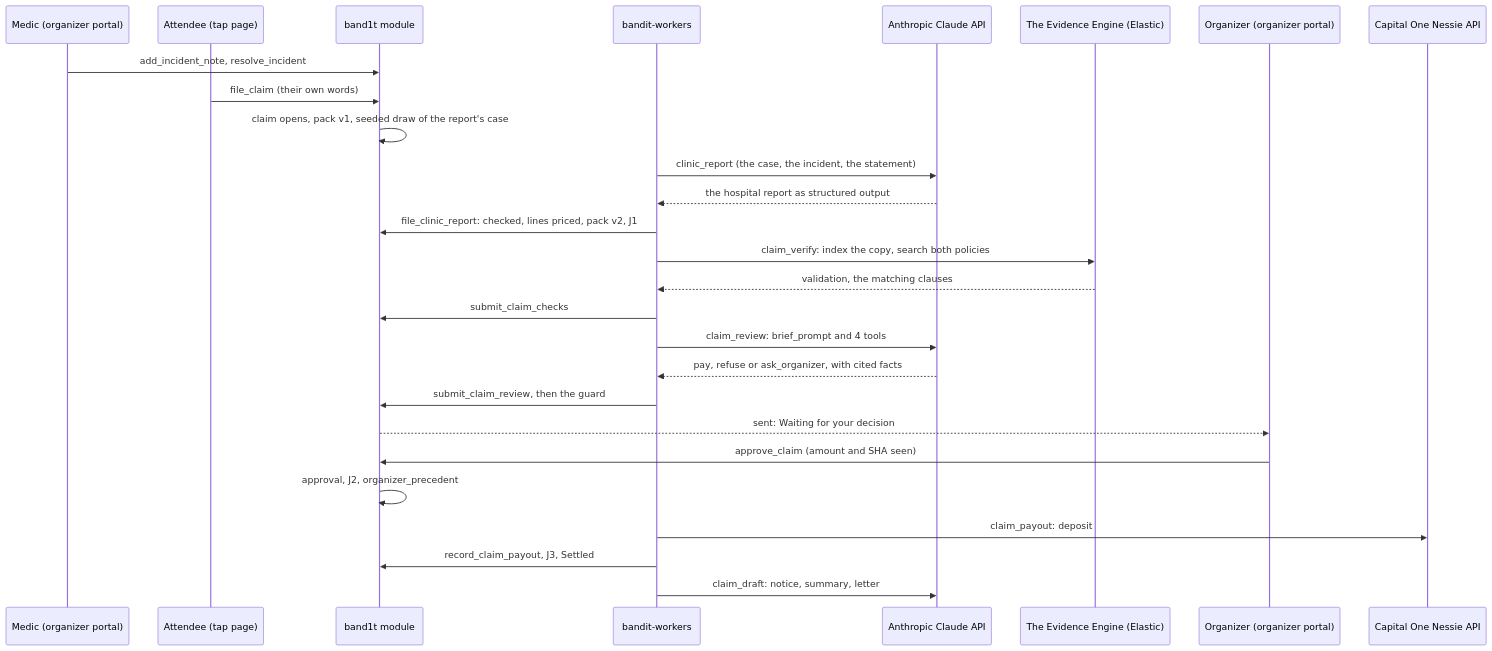
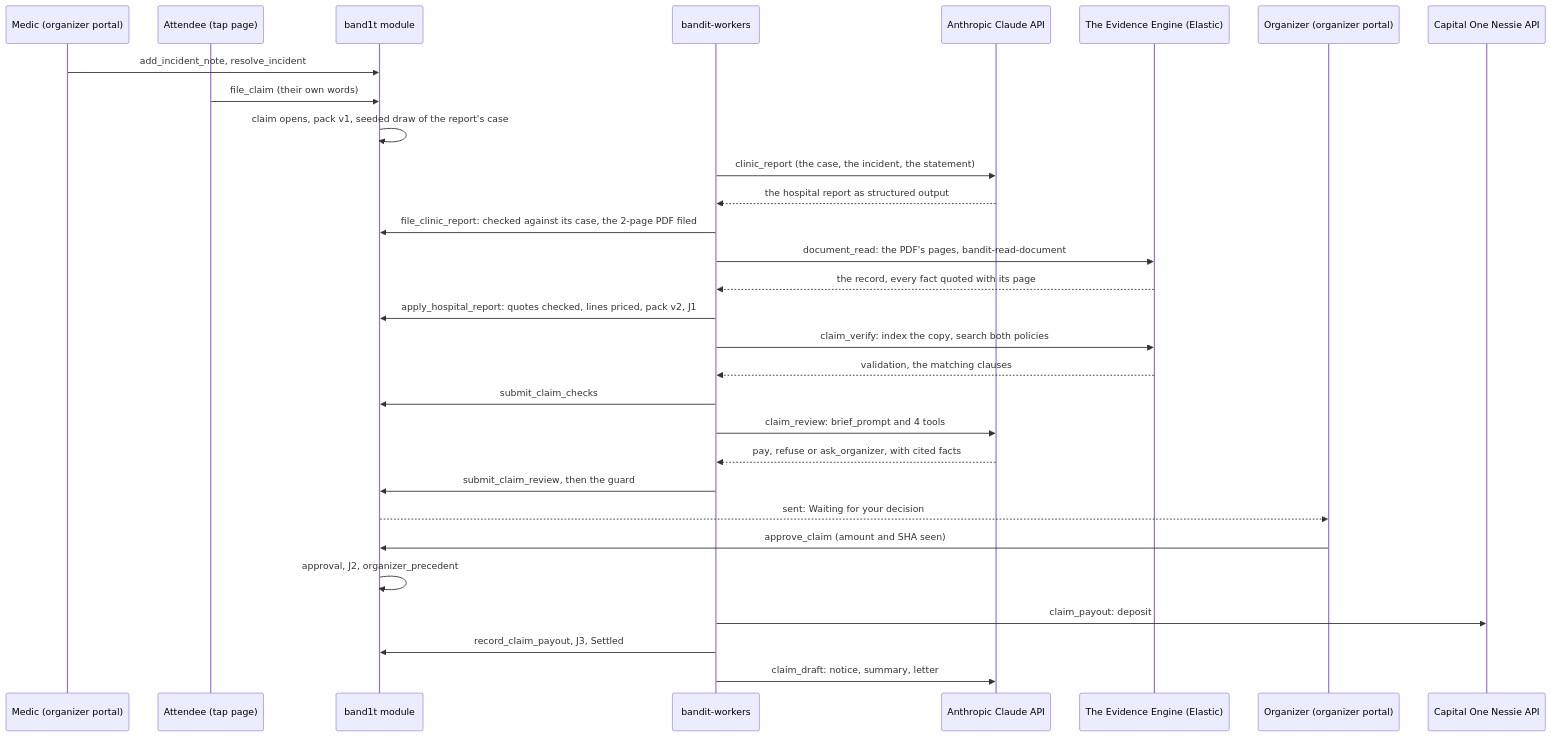
One commit to viktorinkov/cal-hacks-13 changed the fifth of 6 diagrams in System Design/6-features/Insurance.md. Above: the diagram before and after it, drawn with Mermaid. The commit also changed other lines of this file and 39 other files, not shown here.

Commit message:
read hospital reports with the Evidence Engine instead of claim_record_extract

````diff
--- a/System Design/6-features/Insurance.md
+++ b/System Design/6-features/Insurance.md
@@ -710,29 +714,32 @@
 ```mermaid
 sequenceDiagram
   participant Med as Medic (organizer portal)
   participant A as Attendee (tap page)
   participant M as band1t module
   participant W as bandit-workers
   participant C as Anthropic Claude API
   participant E as The Evidence Engine (Elastic)
   participant O as Organizer (organizer portal)
   participant N as Capital One Nessie API
   Med->>M: add_incident_note, resolve_incident
   A->>M: file_claim (their own words)
   M->>M: claim opens, pack v1, seeded draw of the report's case
   W->>C: clinic_report (the case, the incident, the statement)
   C-->>W: the hospital report as structured output
-  W->>M: file_clinic_report: checked, lines priced, pack v2, J1
+  W->>M: file_clinic_report: checked against its case, the 2-page PDF filed
+  W->>E: document_read: the PDF's pages, bandit-read-document
+  E-->>W: the record, every fact quoted with its page
+  W->>M: apply_hospital_report: quotes checked, lines priced, pack v2, J1
   W->>E: claim_verify: index the copy, search both policies
   E-->>W: validation, the matching clauses
   W->>M: submit_claim_checks
   W->>C: claim_review: brief_prompt and 4 tools
   C-->>W: pay, refuse or ask_organizer, with cited facts
   W->>M: submit_claim_review, then the guard
   M-->>O: sent: Waiting for your decision
   O->>M: approve_claim (amount and SHA seen)
   M->>M: approval, J2, organizer_precedent
   W->>N: claim_payout: deposit
   W->>M: record_claim_payout, J3, Settled
   W->>C: claim_draft: notice, summary, letter
 ```
````
